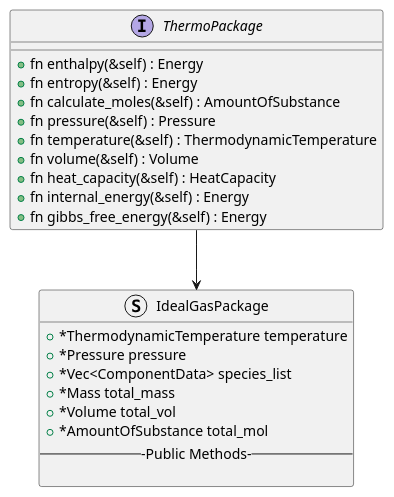
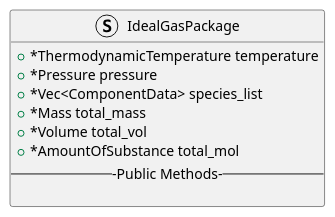
Before and after one commit to OSCPS-Project/OSCPS-UML: the diagram in thermo-module/thermo-packages/ideal-gas-package.puml, drawn with PlantUML. The commit also changed 7 other files, not shown here.

First line of the commit message:
adding new files to class diagram repo

```diff
--- a/thermo-module/thermo-packages/ideal-gas-package.puml
+++ b/thermo-module/thermo-packages/ideal-gas-package.puml
@@ -1,29 +1,16 @@
 @startuml ideal_gas_package_class_design
 
-
-Interface ThermoPackage {
-    + fn enthalpy(&self) : Energy
-    + fn entropy(&self) : Energy
-    + fn calculate_moles(&self) : AmountOfSubstance
-    + fn pressure(&self) : Pressure
-    + fn temperature(&self) : ThermodynamicTemperature
-    + fn volume(&self) : Volume
-    + fn heat_capacity(&self) : HeatCapacity
-    + fn internal_energy(&self) : Energy
-    + fn gibbs_free_energy(&self) : Energy
-}
 
 Struct IdealGasPackage {
   + *ThermodynamicTemperature temperature
   + *Pressure pressure
   + *Vec<ComponentData> species_list
   + *Mass total_mass
   + *Volume total_vol
   + *AmountOfSubstance total_mol
   ---Public Methods---
   
 }
 
-ThermoPackage --> IdealGasPackage
 
 @enduml
```
